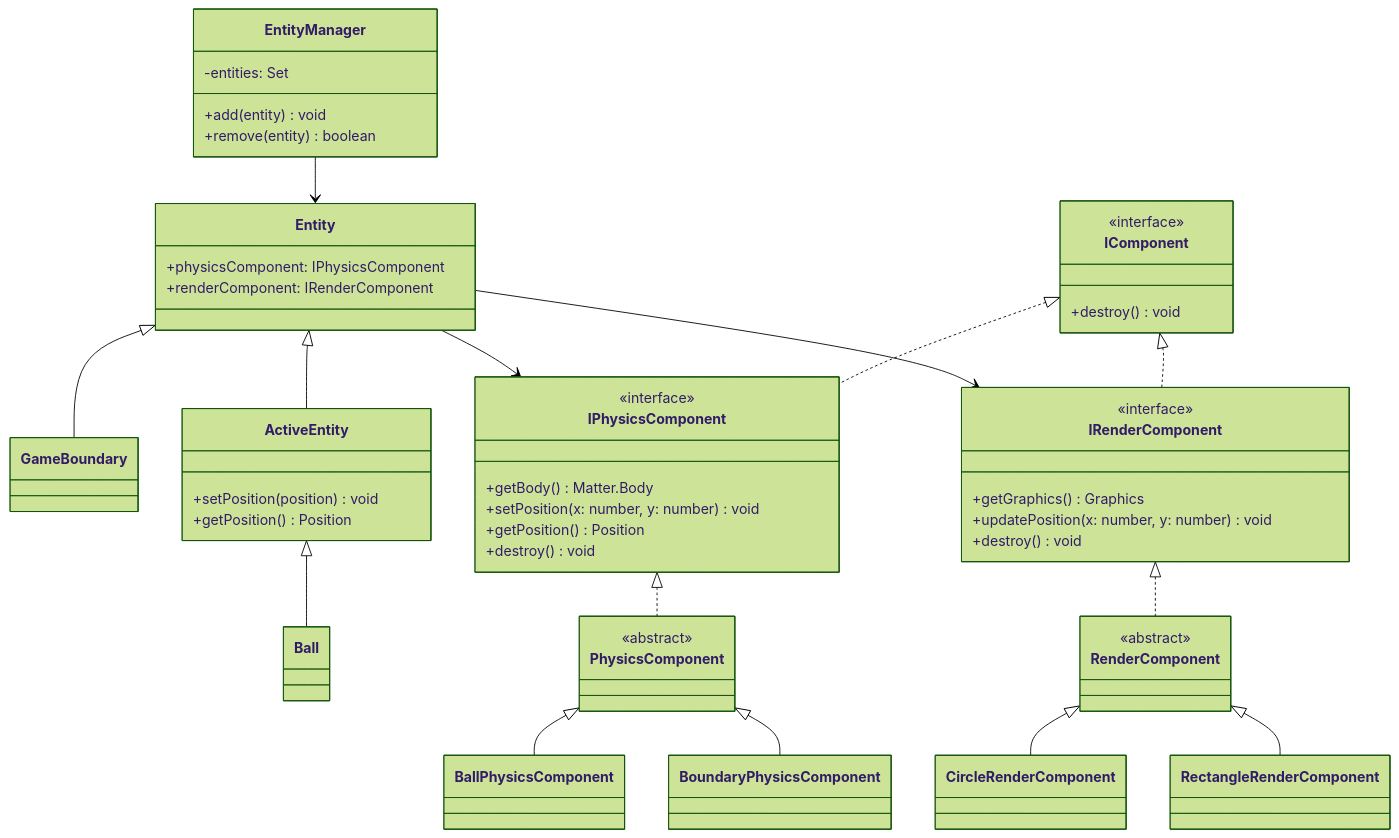
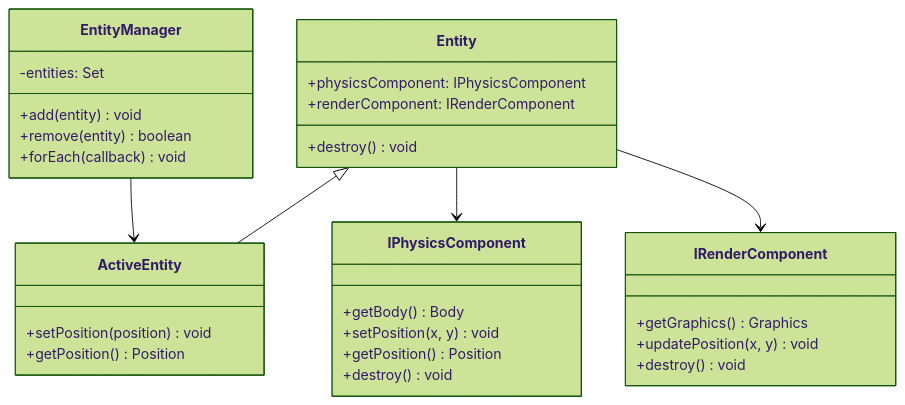
One commit to oyc0401/swipebrick changed the second of 2 diagrams in README.md. Above: the diagram before and after it, drawn with Mermaid (forest theme). The commit also changed other lines of this file and 1 other file, not shown here.

````diff
--- a/README.md
+++ b/README.md
@@ -62,85 +133,39 @@
 ```mermaid
 classDiagram
 direction TB
-    class Ball {
-    }
-
-    class GameBoundary {
-    }
-
     class EntityManager {
-	    -entities: Set
-	    +add(entity) void
-	    +remove(entity) boolean
+        -entities: Set
+        +add(entity) void
+        +remove(entity) boolean
+        +forEach(callback) void
     }
 
     class Entity {
-	    +physicsComponent: IPhysicsComponent
-	    +renderComponent: IRenderComponent
+        +physicsComponent: IPhysicsComponent
+        +renderComponent: IRenderComponent
+        +destroy() void
     }
 
     class ActiveEntity {
-	    +setPosition(position) void
-	    +getPosition() Position
+        +setPosition(position) void
+        +getPosition() Position
     }
 
-    class PhysicsComponent {
-    }
-
-    class BallPhysicsComponent {
-    }
-
-    class BoundaryPhysicsComponent {
-    }
-
-    class RenderComponent {
-    }
-
-    class CircleRenderComponent {
-    }
-
-    class RectangleRenderComponent {
-    }
-
-    class IComponent {
+    class IPhysicsComponent {
+        +getBody() Body
+        +setPosition(x, y) void
+        +getPosition() Position
         +destroy() void
     }
 
     class IRenderComponent {
         +getGraphics() Graphics
-        +updatePosition(x: number, y: number) void
+        +updatePosition(x, y) void
         +destroy() void
     }
 
-    class IPhysicsComponent {
-        +getBody() Matter.Body
-        +setPosition(x: number, y: number) void
-        +getPosition() Position
-        +destroy() void
-    }
-
-	<<abstract>> PhysicsComponent
-	<<abstract>> RenderComponent
-	<<interface>> IPhysicsComponent
-	<<interface>> IRenderComponent
-	<<interface>> IComponent
-
     Entity <|-- ActiveEntity
-    ActiveEntity <|-- Ball
-    Entity <|-- GameBoundary
-    PhysicsComponent <|-- BallPhysicsComponent
-    PhysicsComponent <|-- BoundaryPhysicsComponent
-    RenderComponent <|-- CircleRenderComponent
-    RenderComponent <|-- RectangleRenderComponent
-    EntityManager --> Entity
+    EntityManager --> ActiveEntity
     Entity --> IPhysicsComponent
     Entity --> IRenderComponent
-    IPhysicsComponent <|.. PhysicsComponent
-    IRenderComponent <|.. RenderComponent
-    IComponent <|.. IPhysicsComponent
-    IComponent <|.. IRenderComponent
-
-
-
-
 ```
````
